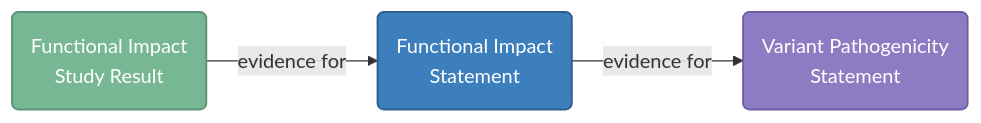
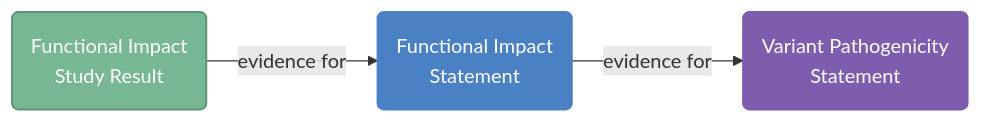
The diagram in docs/content/reference/data-standards.md (VariantEffect/mavedb-ui), drawn with Mermaid before and after one commit. The commit also changed 3 other files, not shown here.

First line of the commit message:
docs: color diagrams with the brand palette

````diff
--- a/docs/content/reference/data-standards.md
+++ b/docs/content/reference/data-standards.md
@@ -62,17 +62,17 @@
 ```mermaid
 graph LR
     FISR("Functional Impact<br/>Study Result")
     FIS("Functional Impact<br/>Statement")
     VPS("Variant Pathogenicity<br/>Statement")
 
     FISR -->|"evidence for"| FIS
     FIS -->|"evidence for"| VPS
 
-    classDef base fill:#78B793,color:#fff,stroke:#5a9375,stroke-width:1.5px
-    classDef mid fill:#3d7ebd,color:#fff,stroke:#2d5f8e,stroke-width:1.5px
-    classDef top fill:#8e7cc3,color:#fff,stroke:#6e5fa3,stroke-width:1.5px
+    classDef base fill:#78b793,color:#fff,stroke:#5a9375,stroke-width:1.5px
+    classDef mid fill:#4a80c4,color:#fff,stroke:#4a80c4,stroke-width:1.5px
+    classDef top fill:#7e5daf,color:#fff,stroke:#7e5daf,stroke-width:1.5px
 
     class FISR base
     class FIS mid
     class VPS top
 ```
````
